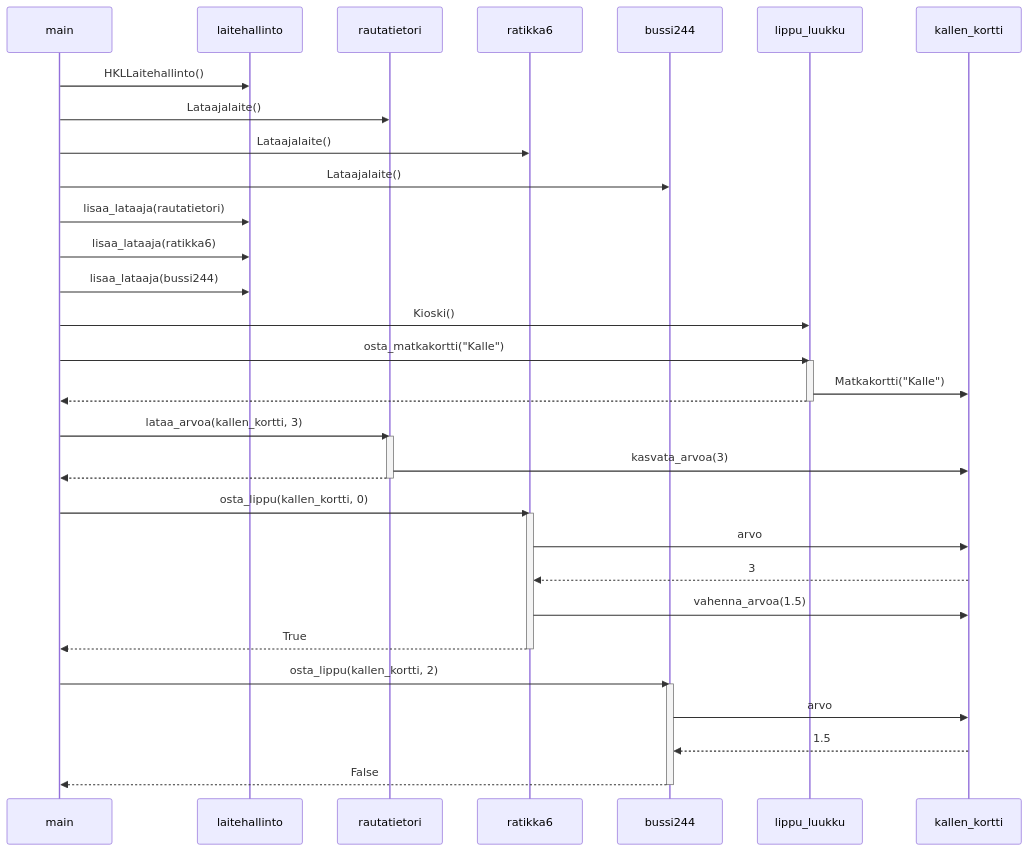
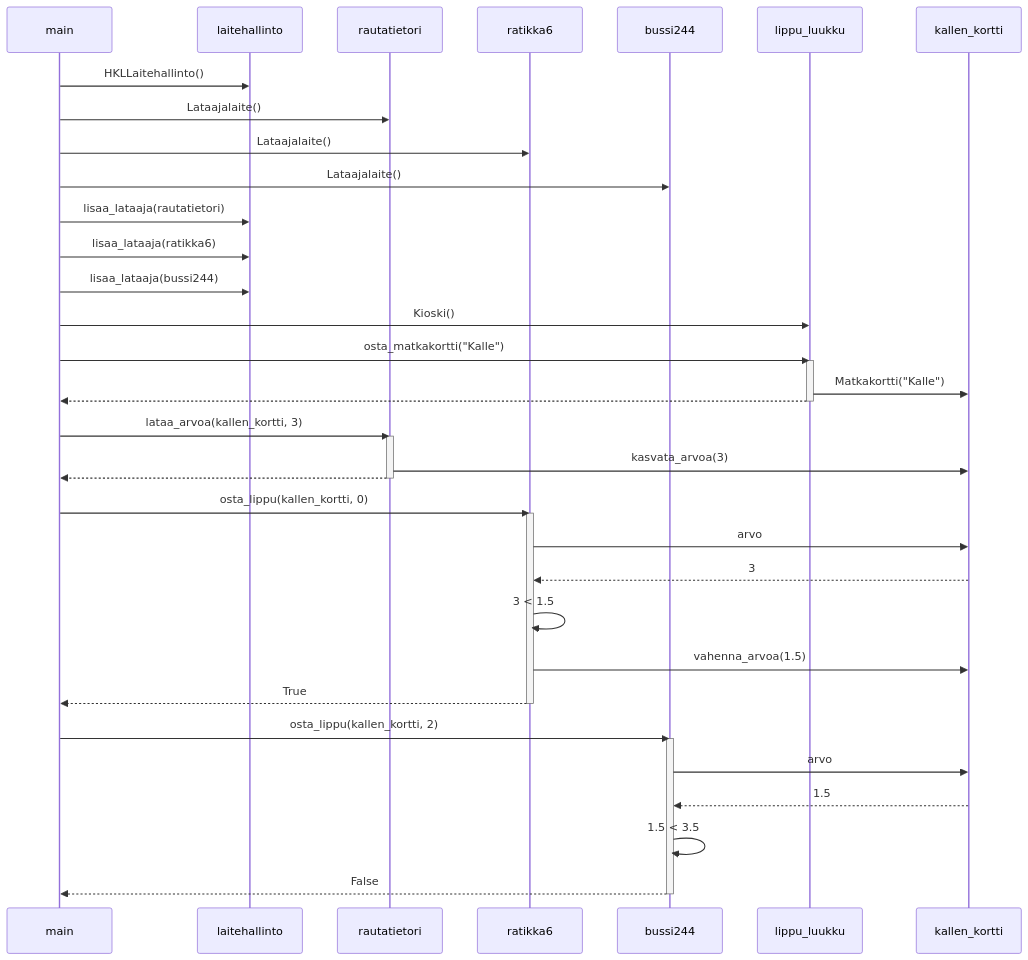
Before and after one commit to Wincewind/ot-harjoitustyo: the diagram in laskarit/viikko3/sekvenssi2.md, drawn with Mermaid.

````diff
--- a/laskarit/viikko3/sekvenssi2.md
+++ b/laskarit/viikko3/sekvenssi2.md
@@ -5,36 +5,38 @@
 ```mermaid
 
 sequenceDiagram
     main->>laitehallinto: HKLLaitehallinto()
     main->>rautatietori: Lataajalaite()
     main->>ratikka6: Lataajalaite()
     main->>bussi244: Lataajalaite()
     main->>laitehallinto: lisaa_lataaja(rautatietori)
     main->>laitehallinto: lisaa_lataaja(ratikka6)
     main->>laitehallinto: lisaa_lataaja(bussi244)
     main->>lippu_luukku: Kioski()
     main->>lippu_luukku: osta_matkakortti("Kalle")
     activate lippu_luukku
     lippu_luukku->>kallen_kortti: Matkakortti("Kalle")
     lippu_luukku-->>main: 
     deactivate lippu_luukku
     main->>rautatietori: lataa_arvoa(kallen_kortti, 3)
     activate rautatietori
     rautatietori->>kallen_kortti: kasvata_arvoa(3)
     rautatietori-->>main: 
     deactivate rautatietori
     main->>ratikka6: osta_lippu(kallen_kortti, 0)
     activate ratikka6
     ratikka6->>kallen_kortti: arvo
     kallen_kortti-->>ratikka6: 3
+    ratikka6->>ratikka6: 3 < 1.5
     ratikka6->>kallen_kortti: vahenna_arvoa(1.5)
     ratikka6-->>main: True
     deactivate ratikka6
     main->>bussi244: osta_lippu(kallen_kortti, 2)
     activate bussi244
     bussi244->>kallen_kortti: arvo
     kallen_kortti-->>bussi244: 1.5
+    bussi244->>bussi244: 1.5 < 3.5
     bussi244-->>main: False
     deactivate bussi244
     
 ```
````
